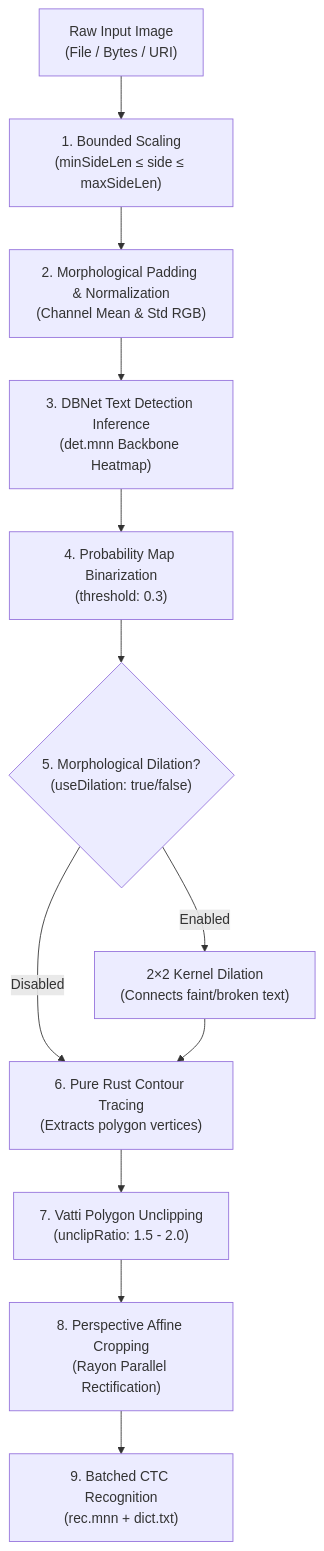
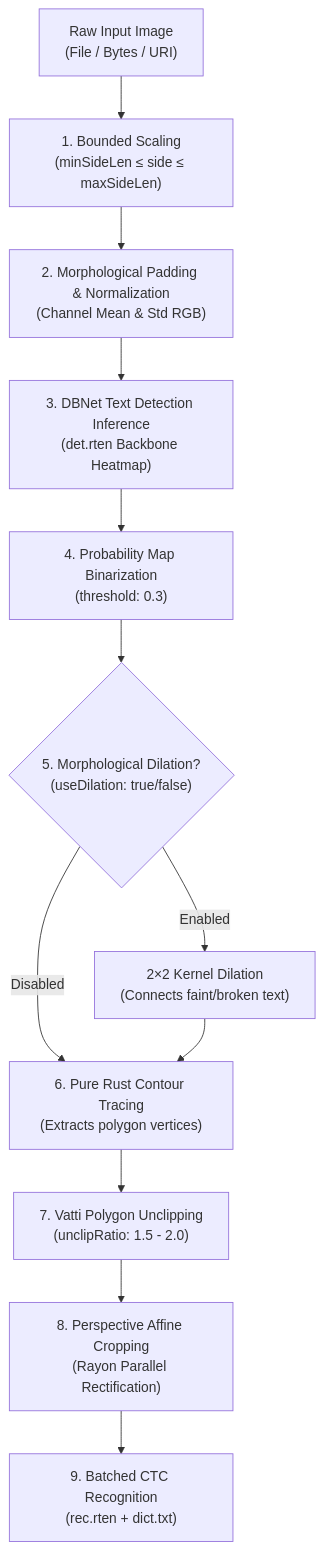
Before and after one commit to byrizki/rusto-rs: the diagram in docs/content/en/03.advance-guide/04.image-preprocessing-and-tuning.md, drawn with Mermaid. The commit also changed 51 other files, not shown here.

````diff
--- a/docs/content/en/03.advance-guide/04.image-preprocessing-and-tuning.md
+++ b/docs/content/en/03.advance-guide/04.image-preprocessing-and-tuning.md
@@ -15,14 +15,14 @@
 ```mermaid
 flowchart TD
     A["Raw Input Image<br/>(File / Bytes / URI)"] --> B["1. Bounded Scaling<br/>(minSideLen &le; side &le; maxSideLen)"]
     B --> C["2. Morphological Padding & Normalization<br/>(Channel Mean & Std RGB)"]
-    C --> D["3. DBNet Text Detection Inference<br/>(det.mnn Backbone Heatmap)"]
+    C --> D["3. DBNet Text Detection Inference<br/>(det.rten Backbone Heatmap)"]
     D --> E["4. Probability Map Binarization<br/>(threshold: 0.3)"]
     E --> F{"5. Morphological Dilation?<br/>(useDilation: true/false)"}
     F -->|Enabled| G["2&times;2 Kernel Dilation<br/>(Connects faint/broken text)"]
     F -->|Disabled| H["6. Pure Rust Contour Tracing<br/>(Extracts polygon vertices)"]
     G --> H
     H --> I["7. Vatti Polygon Unclipping<br/>(unclipRatio: 1.5 - 2.0)"]
     I --> J["8. Perspective Affine Cropping<br/>(Rayon Parallel Rectification)"]
-    J --> K["9. Batched CTC Recognition<br/>(rec.mnn + dict.txt)"]
+    J --> K["9. Batched CTC Recognition<br/>(rec.rten + dict.txt)"]
 ```
````
